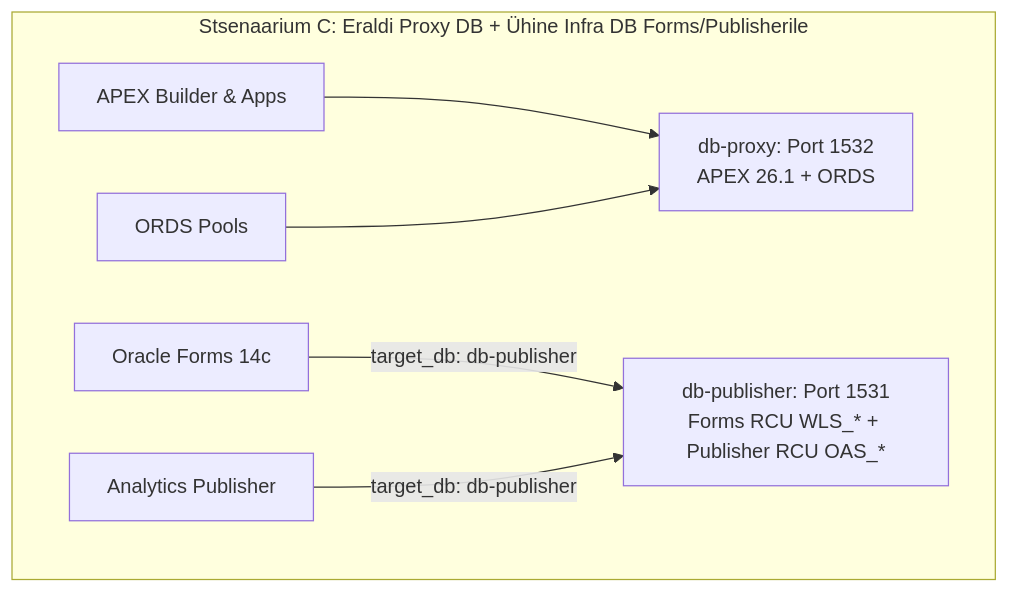
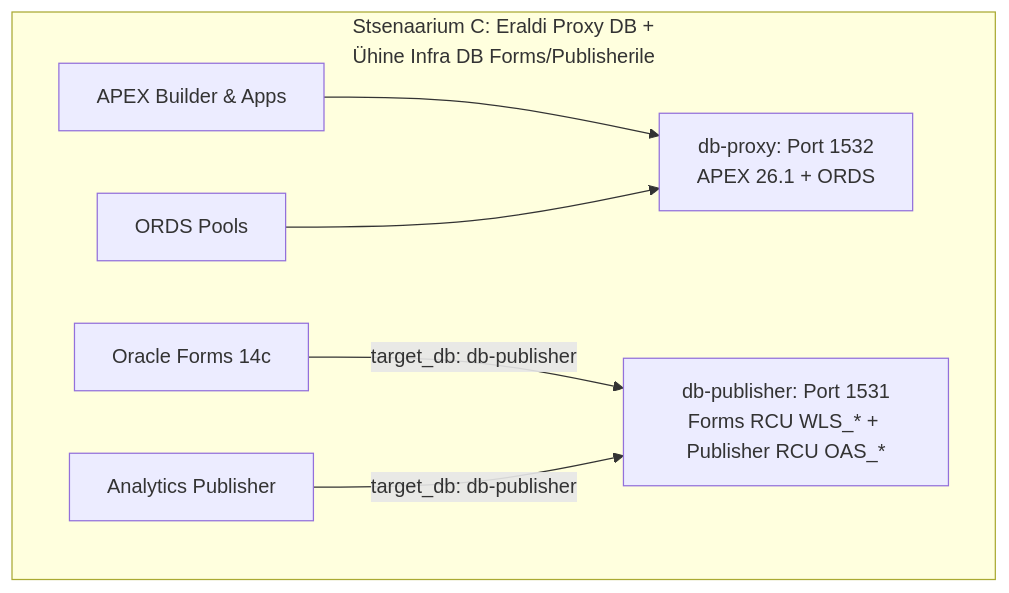
The second of 2 diagrams in backlog/implementation_plans/TASK-034-deterministic-credential-matrix-plan.md (alahe/oracle-devops-platform), drawn with Mermaid before and after one commit. The commit also changed other lines of this file and 412 other files, not shown here.

````diff
--- a/backlog/implementation_plans/TASK-034-deterministic-credential-matrix-plan.md
+++ b/backlog/implementation_plans/TASK-034-deterministic-credential-matrix-plan.md
@@ -45,13 +45,13 @@
 ```mermaid
 graph TD
-    subgraph Stsenaarium C: Eraldi Proxy DB + Ühine Infra DB Forms/Publisherile
-        PROXY_DB[db-proxy: Port 1532<br/>APEX 26.1 + ORDS]
-        INFRA_DB[db-publisher: Port 1531<br/>Forms RCU WLS_* + Publisher RCU OAS_*]
+    subgraph ScenarioC ["Stsenaarium C: Eraldi Proxy DB +<br/>Ühine Infra DB Forms/Publisherile"]
+        PROXY_DB["db-proxy: Port 1532<br/>APEX 26.1 + ORDS"]
+        INFRA_DB["db-publisher: Port 1531<br/>Forms RCU WLS_* + Publisher RCU OAS_*"]
         
         APEX_APP[APEX Builder & Apps] --> PROXY_DB
         ORDS_SVC[ORDS Pools] --> PROXY_DB
         
         FORMS_SVC[Oracle Forms 14c] -->|target_db: db-publisher| INFRA_DB
         PUB_SVC[Analytics Publisher] -->|target_db: db-publisher| INFRA_DB
     end
 ```
````
